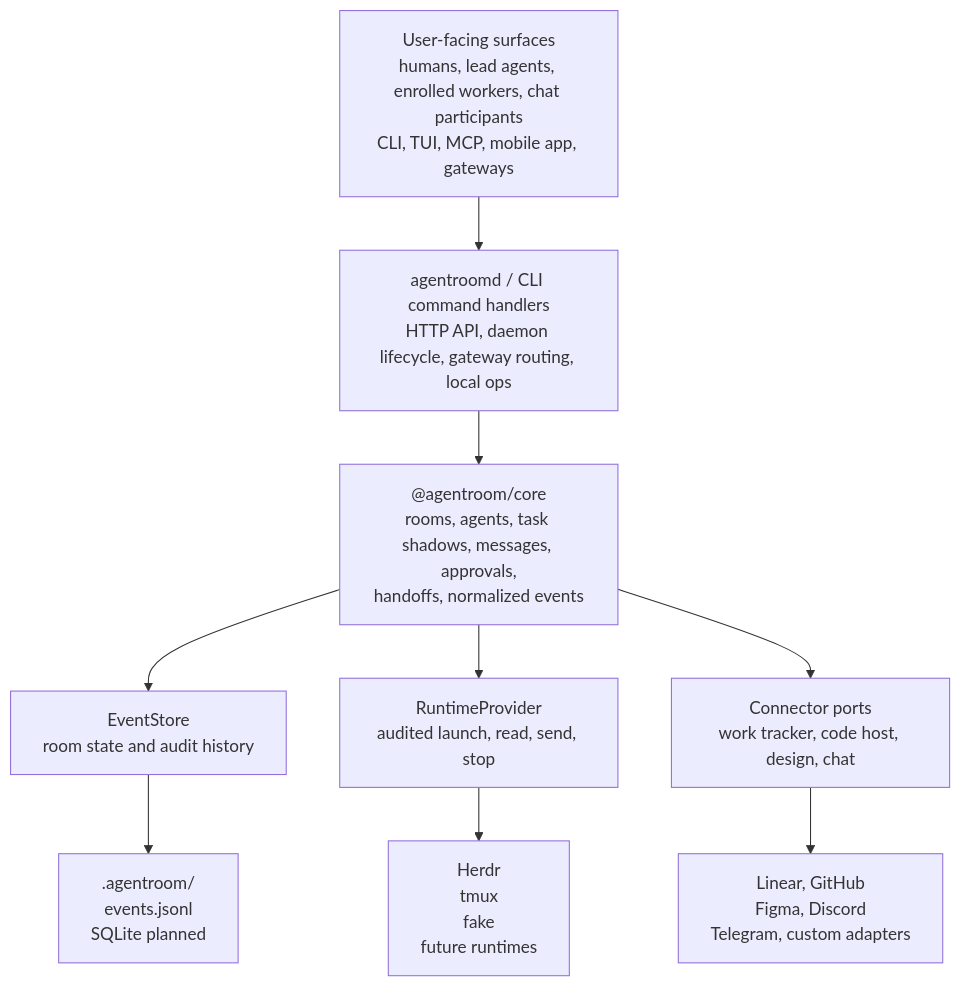
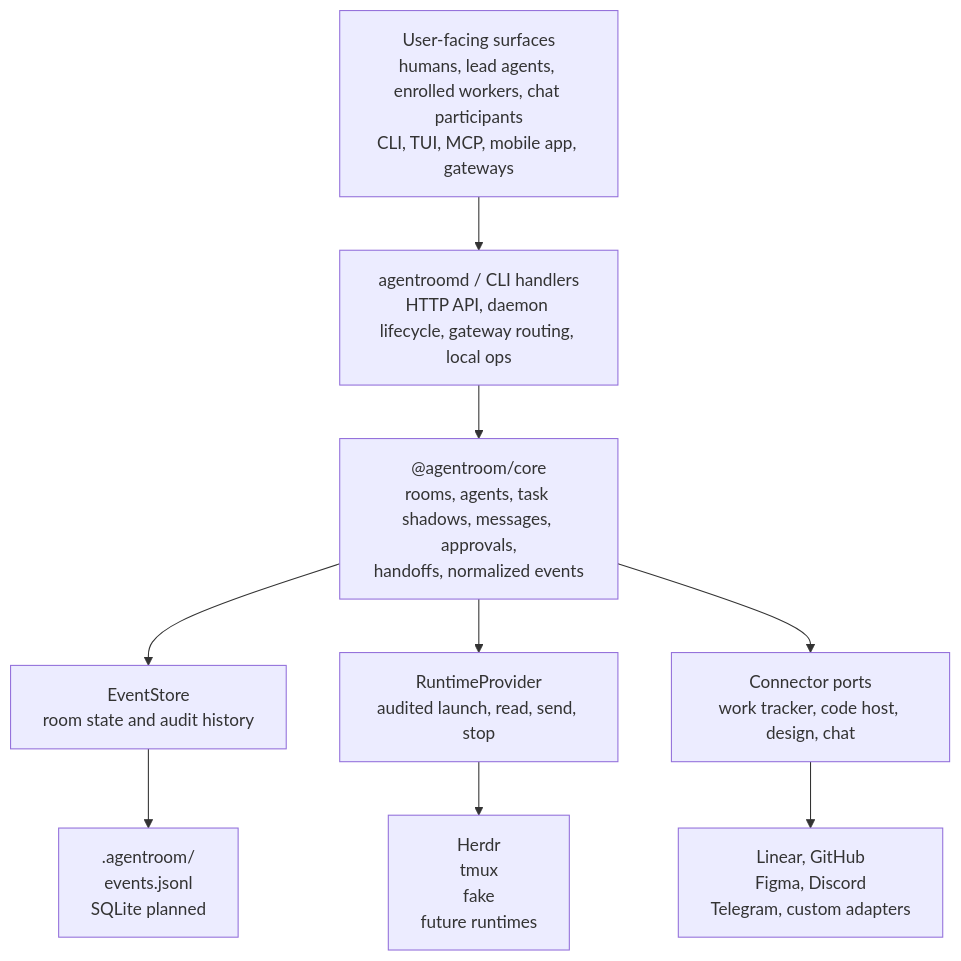
Before and after one commit to Volpestyle/agent-room: the third of 3 diagrams in docs/DIAGRAM.md, drawn with Mermaid. The commit also changed other lines of this file and 7 other files, not shown here.

````diff
--- a/docs/DIAGRAM.md
+++ b/docs/DIAGRAM.md
@@ -5,21 +55,21 @@
 ```mermaid
 flowchart TB
   surfaces["User-facing surfaces<br/>humans, lead agents, enrolled workers, chat participants<br/>CLI, TUI, MCP, mobile app, gateways"]
-  daemon["agentroomd / CLI command handlers<br/>HTTP API, daemon lifecycle, gateway routing, local ops"]
+  daemon["agentroomd / CLI handlers<br/>HTTP API, daemon lifecycle, gateway routing, local ops"]
   core["@agentroom/core<br/>rooms, agents, task shadows, messages, approvals,<br/>handoffs, normalized events"]
   store["EventStore<br/>room state and audit history"]
   runtime["RuntimeProvider<br/>audited launch, read, send, stop"]
   connectors["Connector ports<br/>work tracker, code host, design, chat"]
   local[".agentroom/<br/>events.jsonl<br/>SQLite planned"]
   runtimes["Herdr<br/>tmux<br/>fake<br/>future runtimes"]
   adapters["Linear, GitHub<br/>Figma, Discord<br/>Telegram, custom adapters"]
 
   surfaces --> daemon
   daemon --> core
   core --> store
   core --> runtime
   core --> connectors
   store --> local
   runtime --> runtimes
   connectors --> adapters
 ```
````
